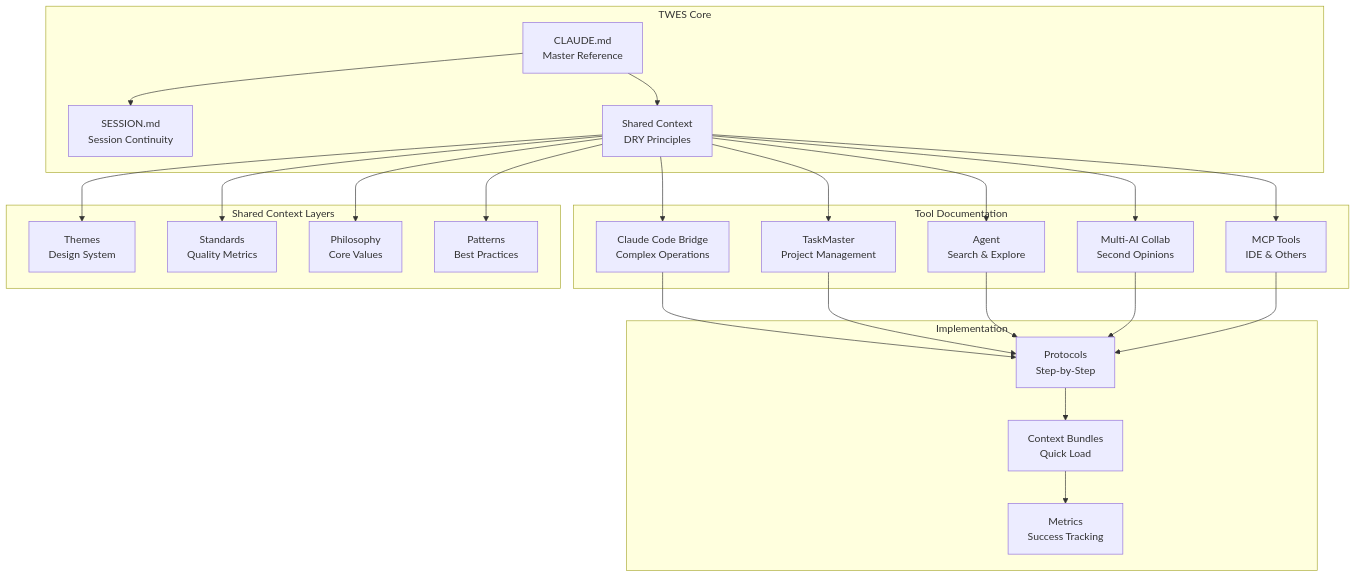
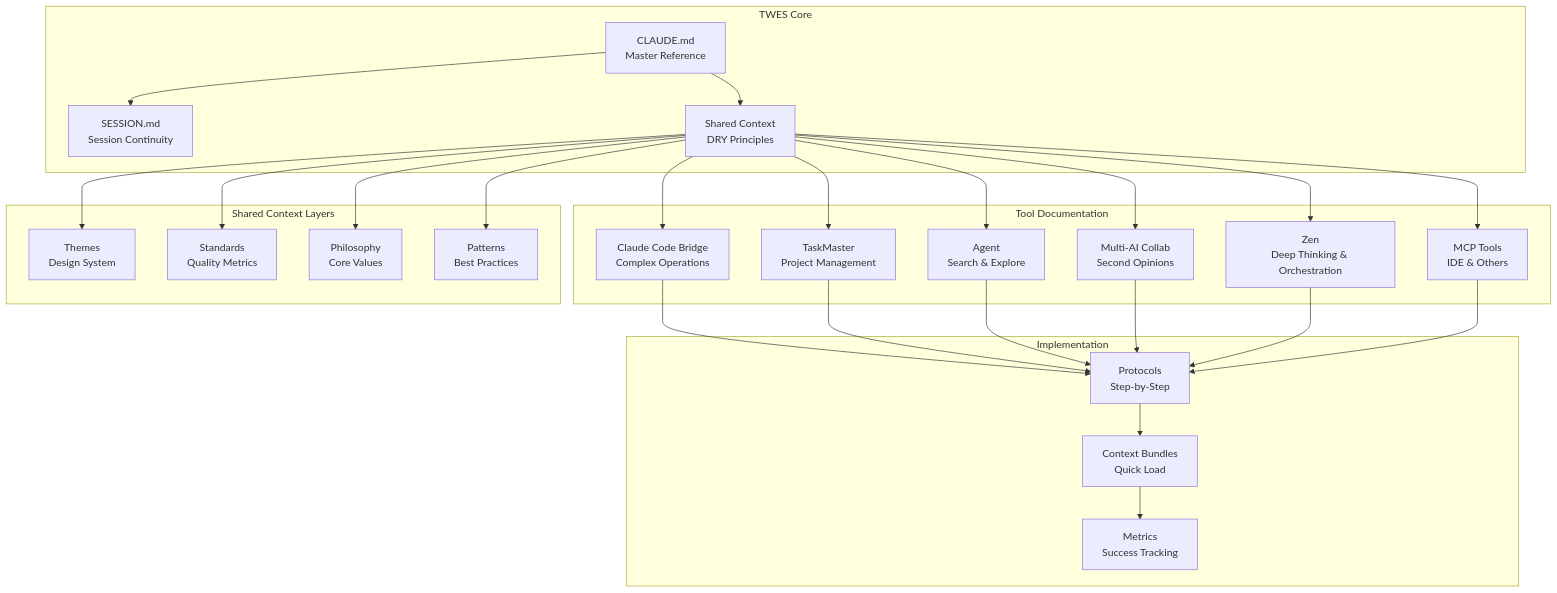
The diagram in docs/ai/TWES-SYSTEM-MAP.md (loucmane/blog), drawn with Mermaid before and after one commit. The commit also changed other lines of this file and 28 other files, not shown here.

````diff
--- a/docs/ai/TWES-SYSTEM-MAP.md
+++ b/docs/ai/TWES-SYSTEM-MAP.md
@@ -7,51 +7,54 @@
 ```mermaid
 graph TB
     subgraph "TWES Core"
         CLAUDE[CLAUDE.md<br/>Master Reference]
         SESSION[SESSION.md<br/>Session Continuity]
         SHARED[Shared Context<br/>DRY Principles]
     end
 
     subgraph "Tool Documentation"
         CB[Claude Code Bridge<br/>Complex Operations]
         TM[TaskMaster<br/>Project Management]
         AG[Agent<br/>Search & Explore]
         MAC[Multi-AI Collab<br/>Second Opinions]
+        ZEN[Zen<br/>Deep Thinking & Orchestration]
         MCP[MCP Tools<br/>IDE & Others]
     end
 
     subgraph "Shared Context Layers"
         THEMES[Themes<br/>Design System]
         STANDARDS[Standards<br/>Quality Metrics]
         PHILOSOPHY[Philosophy<br/>Core Values]
         PATTERNS[Patterns<br/>Best Practices]
     end
 
     subgraph "Implementation"
         PROTOCOLS[Protocols<br/>Step-by-Step]
         BUNDLES[Context Bundles<br/>Quick Load]
         METRICS[Metrics<br/>Success Tracking]
     end
 
     CLAUDE --> SESSION
     CLAUDE --> SHARED
     SHARED --> CB
     SHARED --> TM
     SHARED --> AG
     SHARED --> MAC
+    SHARED --> ZEN
     SHARED --> MCP
     
     SHARED --> THEMES
     SHARED --> STANDARDS
     SHARED --> PHILOSOPHY
     SHARED --> PATTERNS
     
     CB --> PROTOCOLS
     TM --> PROTOCOLS
     AG --> PROTOCOLS
     MAC --> PROTOCOLS
+    ZEN --> PROTOCOLS
     MCP --> PROTOCOLS
     
     PROTOCOLS --> BUNDLES
     BUNDLES --> METRICS
 ```
````
